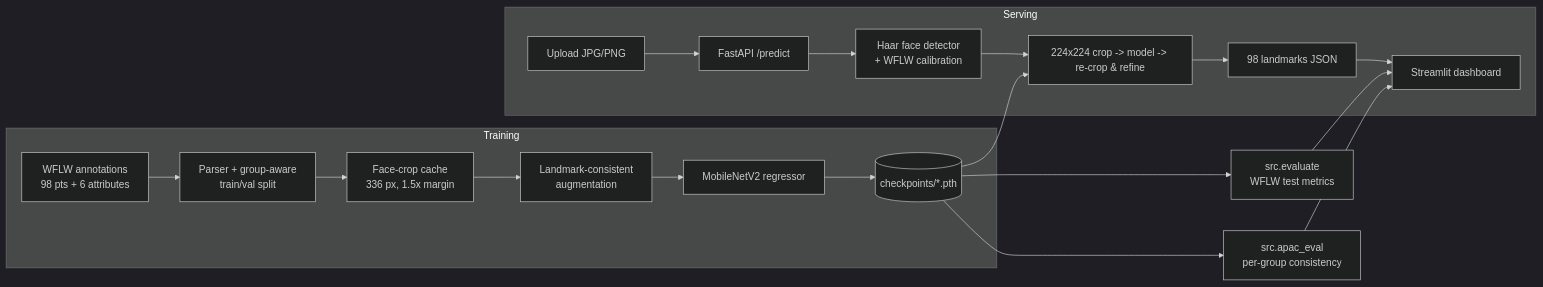
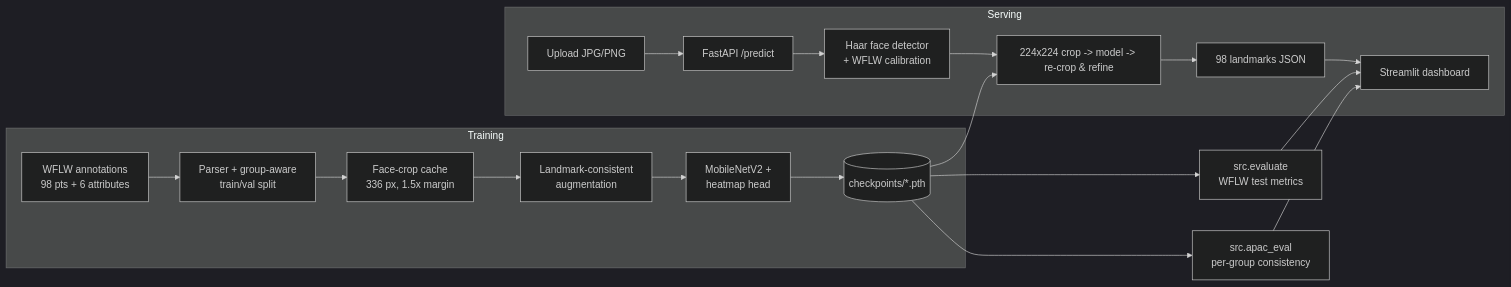
The diagram in README.md (kg502841-lang/APAC-Face), drawn with Mermaid (dark theme) before and after one commit. The commit also changed other lines of this file and 48 other files, not shown here.

First line of the commit message:
Heatmap landmark head, One Euro tracking, video benchmark, editorial web style

````diff
--- a/README.md
+++ b/README.md
@@ -183,22 +289,22 @@
 ```mermaid
 flowchart LR
     subgraph Training
         A[WFLW annotations<br/>98 pts + 6 attributes] --> B[Parser + group-aware<br/>train/val split]
         B --> C[Face-crop cache<br/>336 px, 1.5x margin]
         C --> D[Landmark-consistent<br/>augmentation]
-        D --> E[MobileNetV2 regressor]
+        D --> E[MobileNetV2 +<br/>heatmap head]
         E --> F[(checkpoints/*.pth)]
     end
     subgraph Serving
         U[Upload JPG/PNG] --> G[FastAPI /predict]
         G --> H[Haar face detector<br/>+ WFLW calibration]
         H --> I[224x224 crop -> model -> re-crop & refine]
         I --> J[98 landmarks JSON]
         J --> K[Streamlit dashboard]
     end
     F --> I
     F --> L[src.evaluate<br/>WFLW test metrics]
     F --> M[src.apac_eval<br/>per-group consistency]
     L --> K
     M --> K
 ```
````
